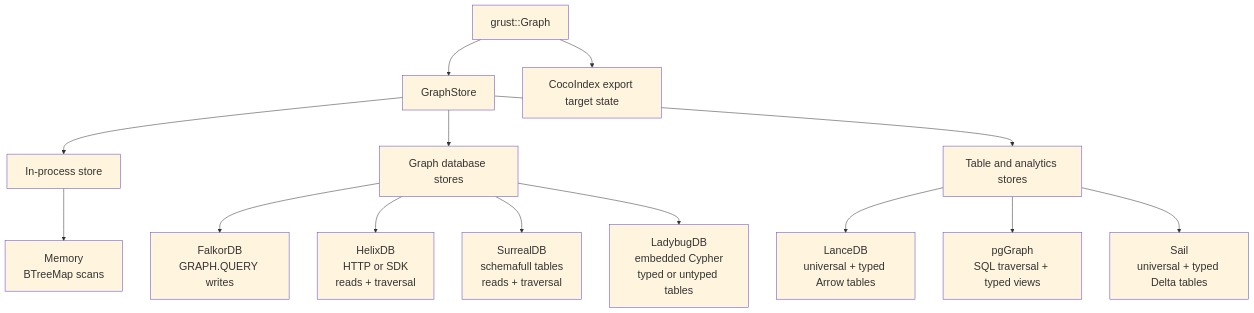
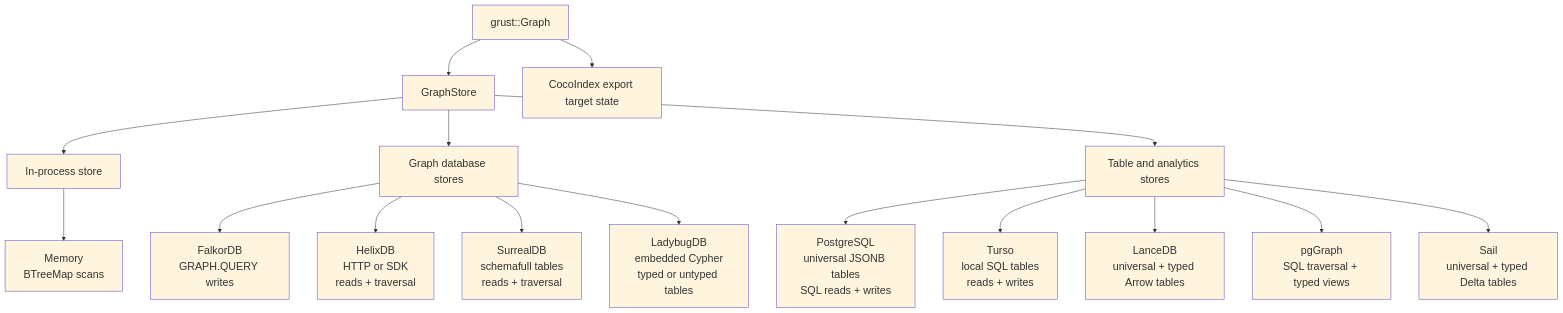
Before and after one commit to alexy/grust: the fifth of 7 diagrams in docs/book/manuscript.md, drawn with Mermaid. The commit also changed other lines of this file and 135 other files, not shown here.

````diff
--- a/docs/book/manuscript.md
+++ b/docs/book/manuscript.md
@@ -834,17 +853,19 @@
 ```mermaid
 %%{init: {"theme": "base", "themeVariables": {"fontSize": "21px", "fontFamily": "Arial", "primaryBorderColor": "#5b4acb", "lineColor": "#333333"}, "flowchart": {"htmlLabels": false, "nodeSpacing": 55, "rankSpacing": 55, "padding": 18}}}%%
 flowchart TB
   grustGraph["grust::Graph"] --> contract["GraphStore"]
   contract --> inproc["In-process store"]
   contract --> graphdb["Graph database stores"]
   contract --> tabular["Table and analytics stores"]
   grustGraph --> coco["CocoIndex export target state"]
   inproc --> mem["Memory\nBTreeMap scans"]
   graphdb --> falkor["FalkorDB\nGRAPH.QUERY writes"]
   graphdb --> helix["HelixDB\nHTTP or SDK\nreads + traversal"]
   graphdb --> surreal["SurrealDB\nschemafull tables\nreads + traversal"]
   graphdb --> ladybug["LadybugDB\nembedded Cypher\ntyped or untyped tables"]
+  tabular --> postgres["PostgreSQL\nuniversal JSONB tables\nSQL reads + writes"]
+  tabular --> turso["Turso\nlocal SQL tables\nreads + writes"]
   tabular --> lance["LanceDB\nuniversal + typed Arrow tables"]
   tabular --> pg["pgGraph\nSQL traversal + typed views"]
   tabular --> sail["Sail\nuniversal + typed Delta tables"]
 ```
````
